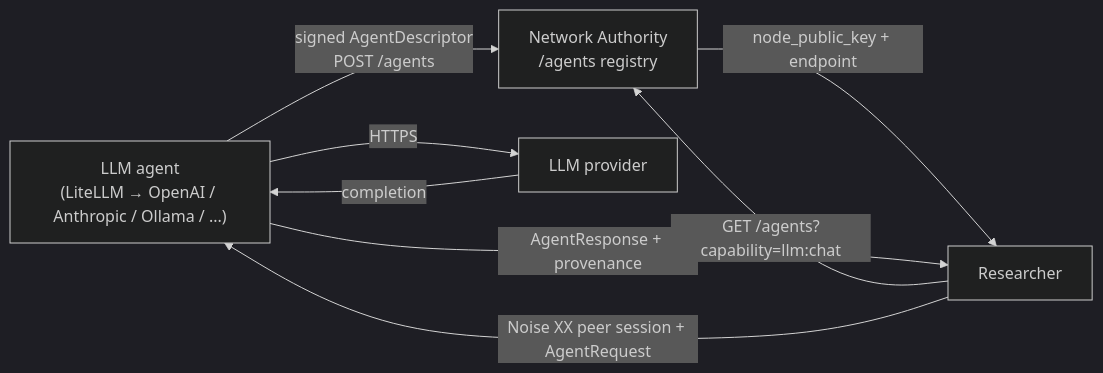
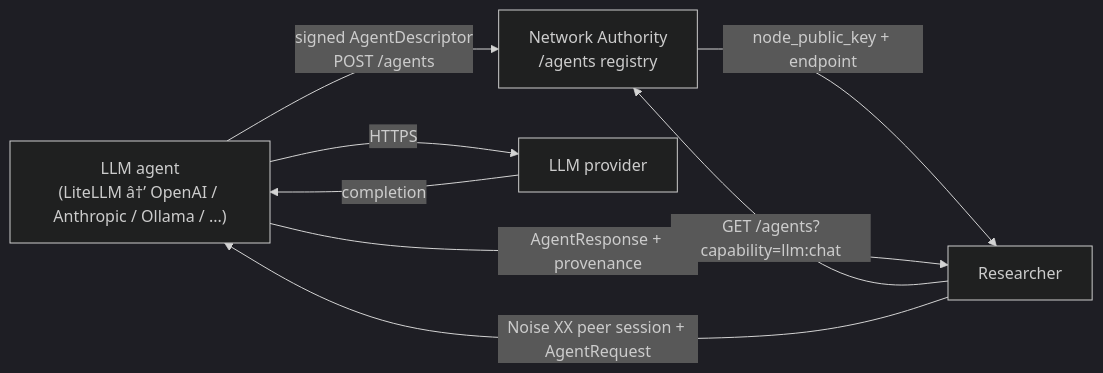
Before and after one commit to GenesisMeshLabs/genesismesh: the eighth of 15 diagrams in docs/examples/demos.md, drawn with Mermaid (dark theme). The commit also changed other lines of this file and 10 other files, not shown here.

````diff
--- a/docs/examples/demos.md
+++ b/docs/examples/demos.md
@@ -602,15 +603,15 @@
 ```{mermaid}
 flowchart LR
-    agent["LLM agent<br/>(LiteLLM → OpenAI / Anthropic / Ollama / ...)"]
+    agent["LLM agent<br/>(LiteLLM â†’ OpenAI / Anthropic / Ollama / ...)"]
     na["Network Authority<br/>/agents registry"]
     researcher["Researcher"]
     llm["LLM provider"]
 
     agent -->|signed AgentDescriptor<br/>POST /agents| na
     researcher -->|GET /agents?capability=llm:chat| na
     na -->|node_public_key + endpoint| researcher
     researcher -->|Noise XX peer session + AgentRequest| agent
     agent -->|HTTPS| llm
     llm -->|completion| agent
     agent -->|AgentResponse + provenance| researcher
 ```
````
